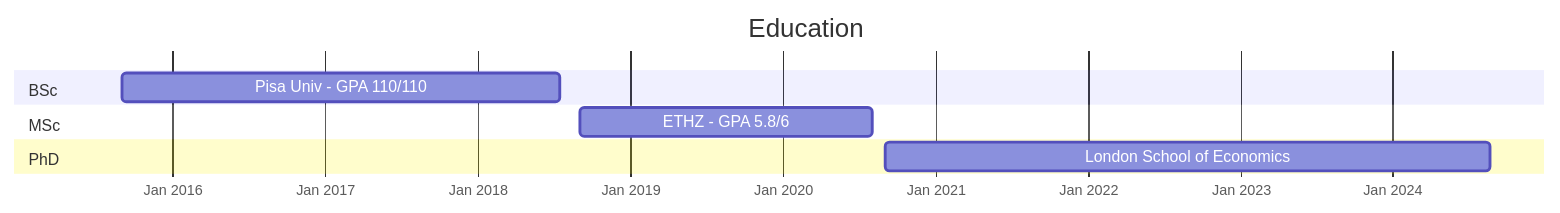
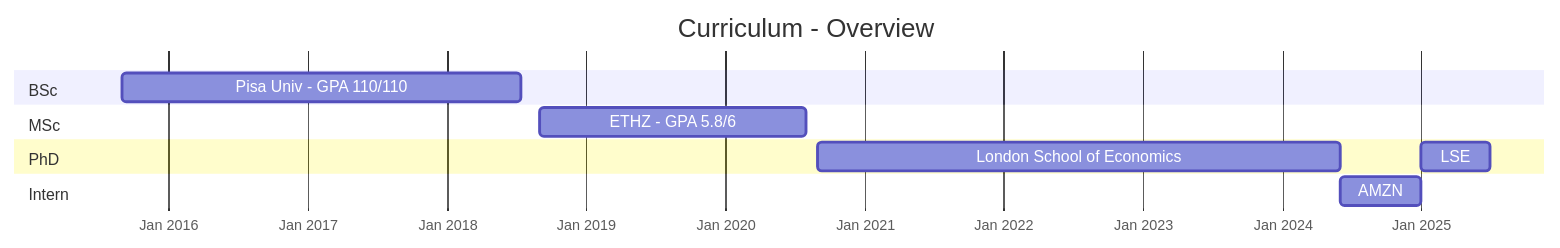
The first of 2 diagrams in main_pages/curriculum.qmd (Conj34/Conj34.github.io), drawn with Mermaid before and after one commit. The commit also changed 23 other files, not shown here.

````diff
--- a/main_pages/curriculum.qmd
+++ b/main_pages/curriculum.qmd
@@ -30,13 +30,19 @@
 ```{mermaid}
 %%| fig-height: 6.5
+---
+displayMode: compact
+---
 gantt
-    title Education
+    title Curriculum - Overview
     dateFormat DD-MM-YYYY
     axisFormat   %b %Y
     section BSc
     Pisa Univ - GPA 110/110: L1, 01-09-2015, 1048d
     section MSc
     ETHZ - GPA 5.8/6: L1, 01-09-2018, 700d
     section PhD
-    London School of Economics: L1, 01-09-2020, 1450d
+    London School of Economics: L1, 01-09-2020, 1369d
+    LSE : L2, 01-01-2025, 180d
+    section Intern
+    AMZN : L1, 01-06-2024, 214d
 ```
````
